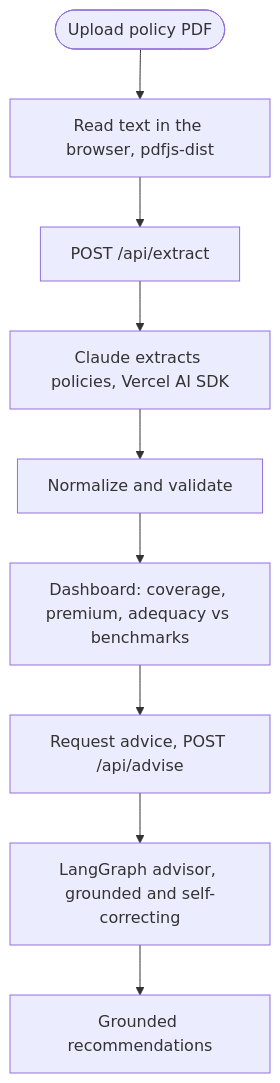
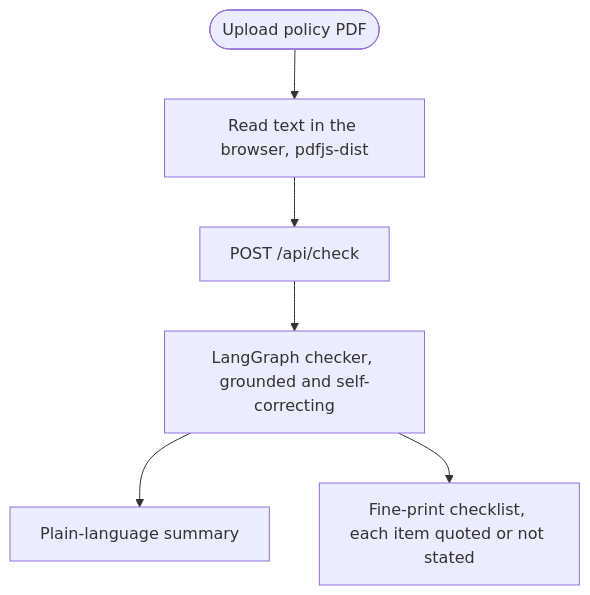
Before and after one commit to elleskay/insurance-dashboard: the first of 6 diagrams in README.md, drawn with Mermaid. The commit also changed other lines of this file and 28 other files, not shown here.

First line of the commit message:
feat(insure): pivot to a grounded policy checker

````diff
--- a/README.md
+++ b/README.md
@@ -38,11 +33,8 @@
 ```mermaid
 flowchart TD
     Upload([Upload policy PDF]) --> Parse[Read text in the browser, pdfjs-dist]
-    Parse --> Extract[POST /api/extract]
-    Extract --> Claude[Claude extracts policies, Vercel AI SDK]
-    Claude --> Normalize[Normalize and validate]
-    Normalize --> Dashboard[Dashboard: coverage, premium, adequacy vs benchmarks]
-    Dashboard --> Advise[Request advice, POST /api/advise]
-    Advise --> Advisor[LangGraph advisor, grounded and self-correcting]
-    Advisor --> Recs[Grounded recommendations]
+    Parse --> Check[POST /api/check]
+    Check --> Graph[LangGraph checker, grounded and self-correcting]
+    Graph --> Summary[Plain-language summary]
+    Graph --> Checklist[Fine-print checklist, each item quoted or not stated]
 ```
````
